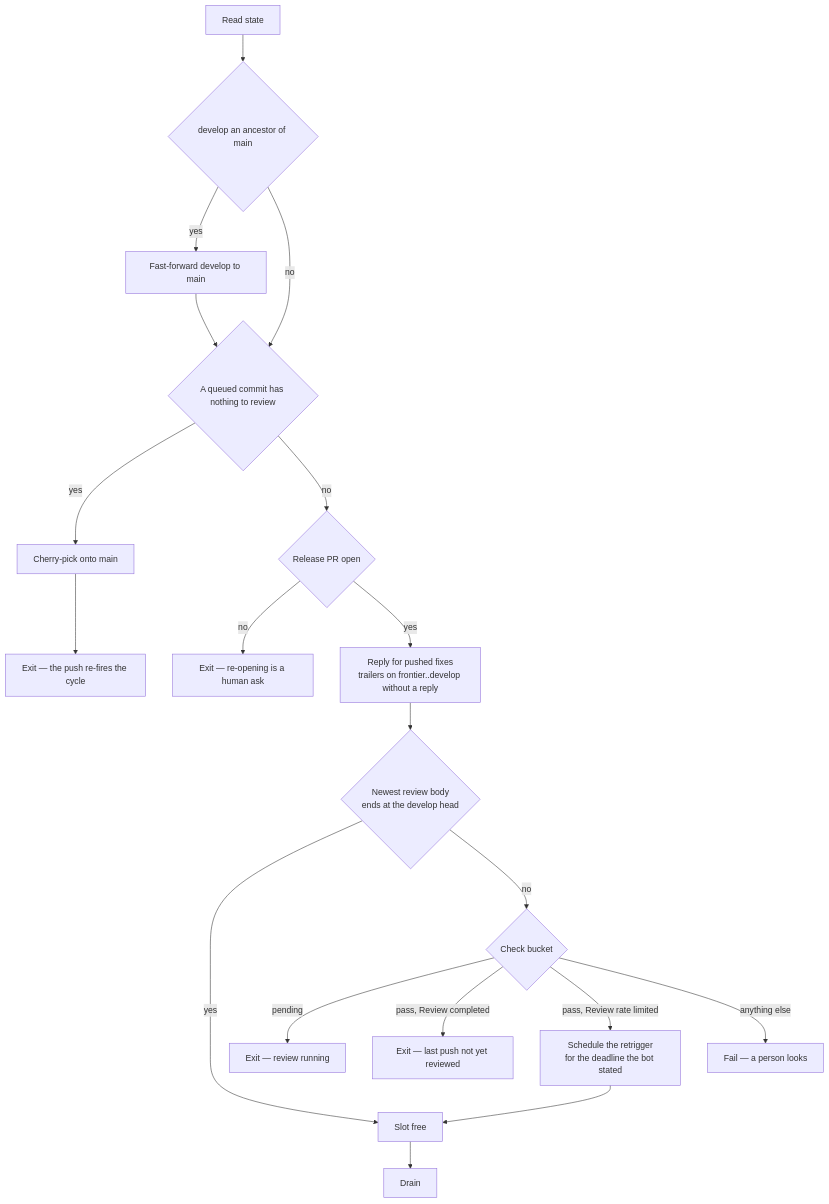
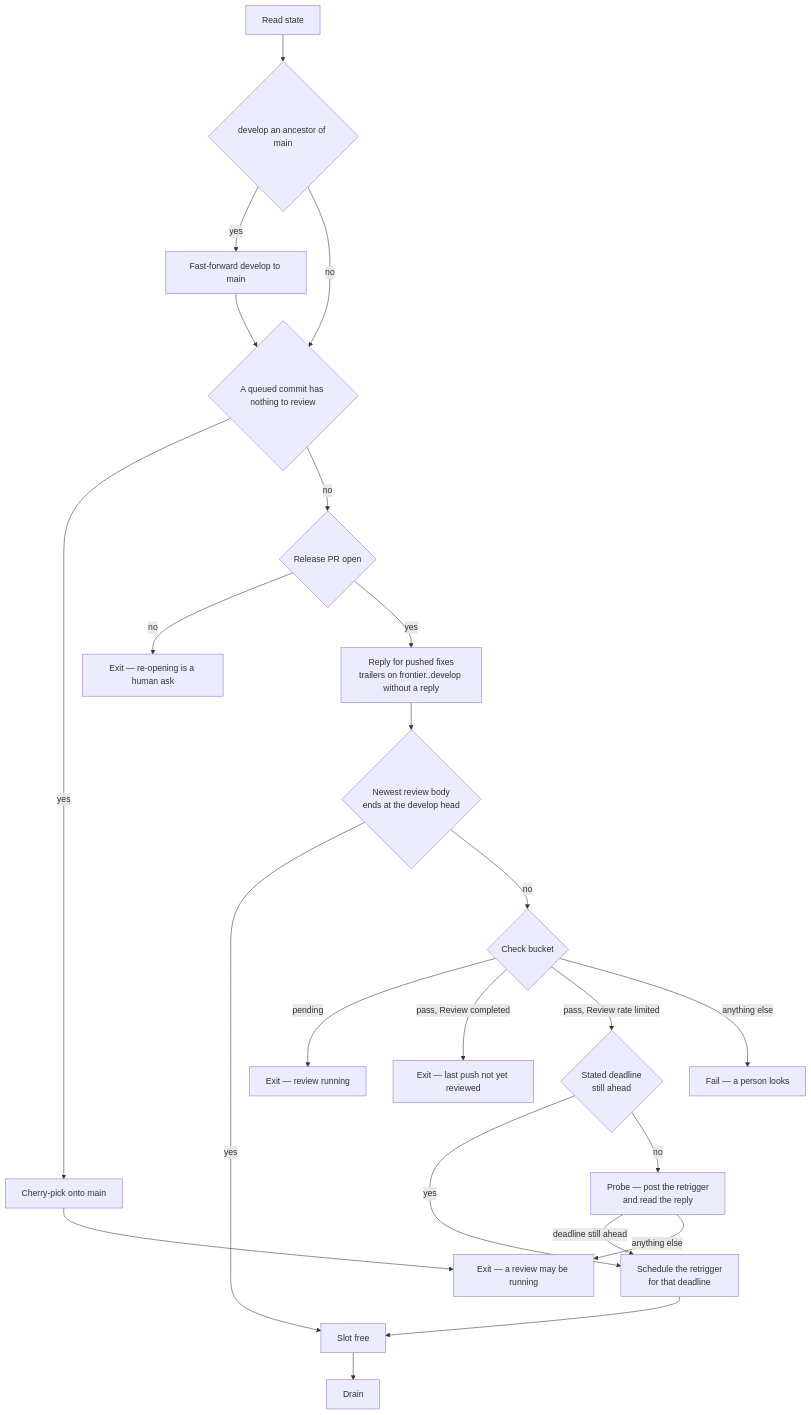
Before and after one commit to Esposter/Esposter: the first of 2 diagrams in apps/web/content/docs/infra/review-collector/collection-cycle.md, drawn with Mermaid. The commit also changed other lines of this file and 10 other files, not shown here.

````diff
--- a/apps/web/content/docs/infra/review-collector/collection-cycle.md
+++ b/apps/web/content/docs/infra/review-collector/collection-cycle.md
@@ -39,20 +39,24 @@
 ```mermaid
 flowchart TD
   S[Read state] --> RS{develop an ancestor of main}
   RS -->|yes| FF[Fast-forward develop to main]
   RS -->|no| EL
   FF --> EL{A queued commit has nothing to review}
   EL -->|yes| CP[Cherry-pick onto main] --> X3[Exit — the push re-fires the cycle]
   EL -->|no| PR{Release PR open}
   PR -->|no| X0[Exit — re-opening is a human ask]
   PR -->|yes| RP[Reply for pushed fixes<br/>trailers on frontier..develop without a reply]
   RP --> B{Newest review body<br/>ends at the develop head}
   B -->|yes| OK[Slot free]
   B -->|no| ST{Check bucket}
   ST -->|pending| X1[Exit — review running]
   ST -->|pass, Review completed| X2[Exit — last push not yet reviewed]
-  ST -->|pass, Review rate limited| SR[Schedule the retrigger<br/>for the deadline the bot stated]
+  ST -->|pass, Review rate limited| DL{Stated deadline<br/>still ahead}
+  DL -->|yes| SR[Schedule the retrigger<br/>for that deadline]
   SR --> OK
+  DL -->|no| PB[Probe — post the retrigger<br/>and read the reply]
+  PB -->|deadline still ahead| SR
+  PB -->|anything else| X3[Exit — a review may be running]
   ST -->|anything else| X4[Fail — a person looks]
   OK --> D[Drain]
 ```
````
